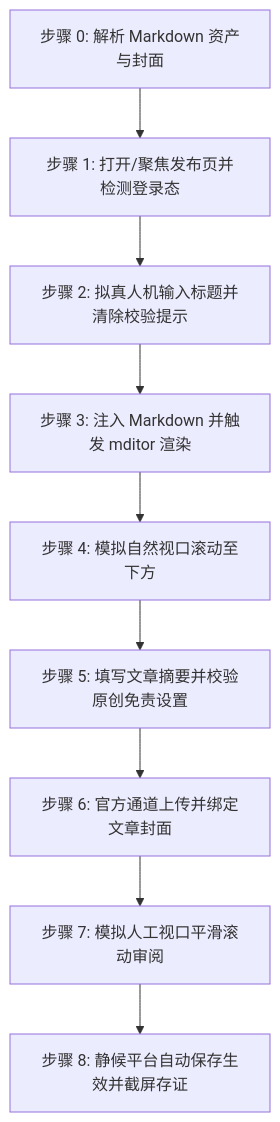
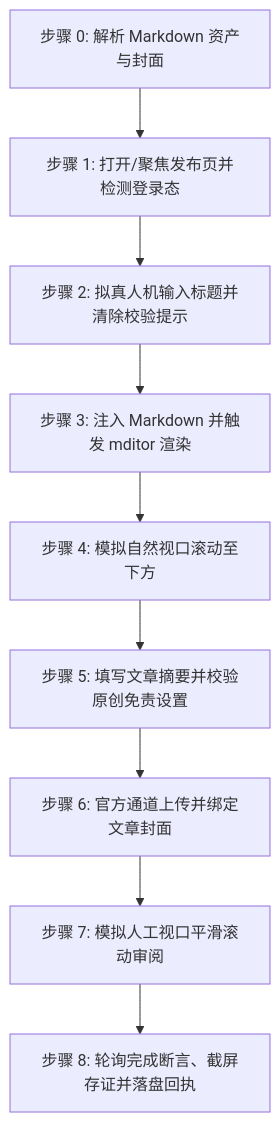
Before and after one commit to undsky/doudou-publish-skills: the diagram in skills/doudou-aliyun/SKILL.md, drawn with Mermaid. The commit also changed other lines of this file and 68 other files, not shown here.

````diff
--- a/skills/doudou-aliyun/SKILL.md
+++ b/skills/doudou-aliyun/SKILL.md
@@ -41,11 +122,11 @@
 ```mermaid
 flowchart TD
     S0[步骤 0: 解析 Markdown 资产与封面] --> S1[步骤 1: 打开/聚焦发布页并检测登录态]
     S1 --> S2[步骤 2: 拟真人机输入标题并清除校验提示]
     S2 --> S3[步骤 3: 注入 Markdown 并触发 mditor 渲染]
     S3 --> S4[步骤 4: 模拟自然视口滚动至下方]
     S4 --> S5[步骤 5: 填写文章摘要并校验原创免责设置]
     S5 --> S6[步骤 6: 官方通道上传并绑定文章封面]
     S6 --> S7[步骤 7: 模拟人工视口平滑滚动审阅]
-    S7 --> S8[步骤 8: 静候平台自动保存生效并截屏存证]
+    S7 --> S8[步骤 8: 轮询完成断言、截屏存证并落盘回执]
 ```
````
